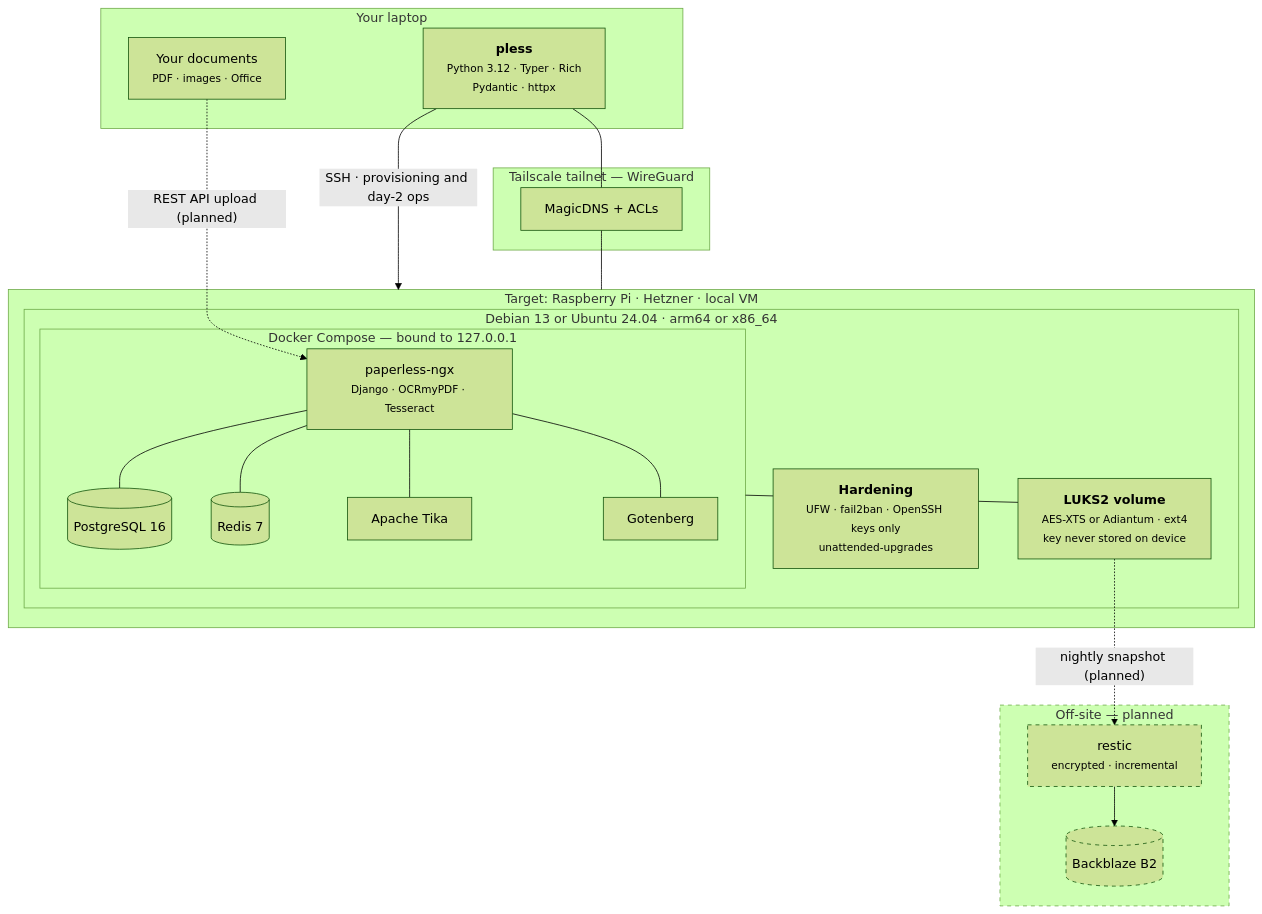
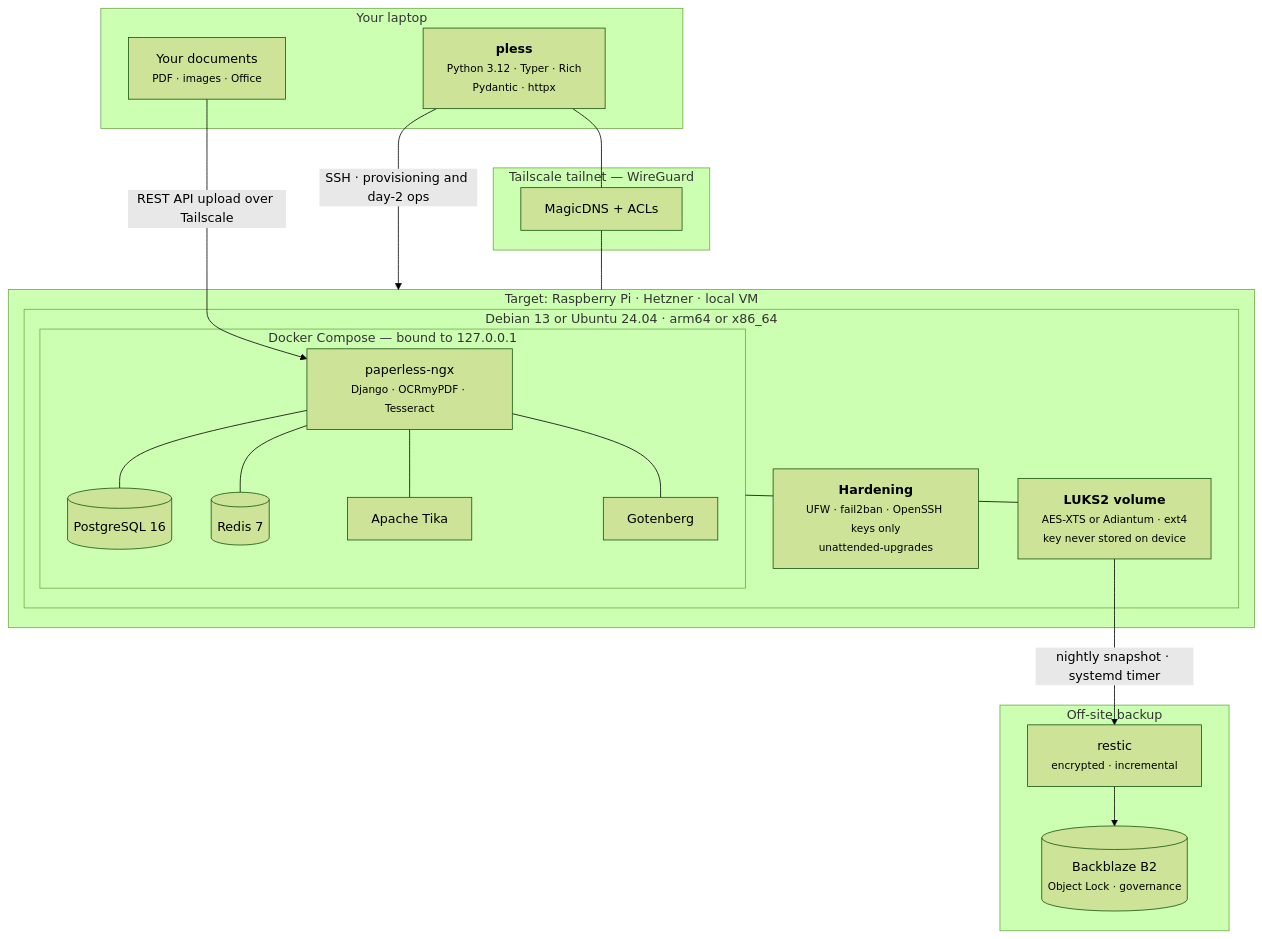
Before and after one commit to kschulst/pless: the diagram in docs/index.md, drawn with Mermaid (forest theme). The commit also changed other lines of this file and 8 other files, not shown here.

````diff
--- a/docs/index.md
+++ b/docs/index.md
@@ -64,45 +69,42 @@
 ```mermaid
 flowchart TB
     subgraph laptop["Your laptop"]
         cli["<b>pless</b><br/><small>Python 3.12 · Typer · Rich<br/>Pydantic · httpx</small>"]
         docs["Your documents<br/><small>PDF · images · Office</small>"]
     end
 
     subgraph tailnet["Tailscale tailnet — WireGuard"]
         ts["MagicDNS + ACLs"]
     end
 
     subgraph host["Target: Raspberry Pi · Hetzner · local VM"]
         subgraph os["Debian 13 or Ubuntu 24.04 · arm64 or x86_64"]
             sec["<b>Hardening</b><br/><small>UFW · fail2ban · OpenSSH keys only<br/>unattended-upgrades</small>"]
             luks["<b>LUKS2 volume</b><br/><small>AES-XTS or Adiantum · ext4<br/>key never stored on device</small>"]
             subgraph compose["Docker Compose — bound to 127.0.0.1"]
                 web["paperless-ngx<br/><small>Django · OCRmyPDF · Tesseract</small>"]
                 pg[("PostgreSQL 16")]
                 redis[("Redis 7")]
                 tika["Apache Tika"]
                 got["Gotenberg"]
             end
         end
     end
 
-    subgraph offsite["Off-site — planned"]
+    subgraph offsite["Off-site backup"]
         restic["restic<br/><small>encrypted · incremental</small>"]
-        b2[("Backblaze B2")]
+        b2[("Backblaze B2<br/><small>Object Lock · governance</small>")]
     end
 
     cli -- "SSH · provisioning and day-2 ops" --> host
-    docs -. "REST API upload (planned)" .-> web
+    docs -- "REST API upload over Tailscale" --> web
     cli --- ts
     ts --- host
     web --- pg
     web --- redis
     web --- tika
     web --- got
     compose --- luks
-    luks -. "nightly snapshot (planned)" .-> restic
+    luks -- "nightly snapshot · systemd timer" --> restic
     restic --> b2
-
-    classDef planned stroke-dasharray: 5 5
-    class offsite,restic,b2 planned
 ```
````
